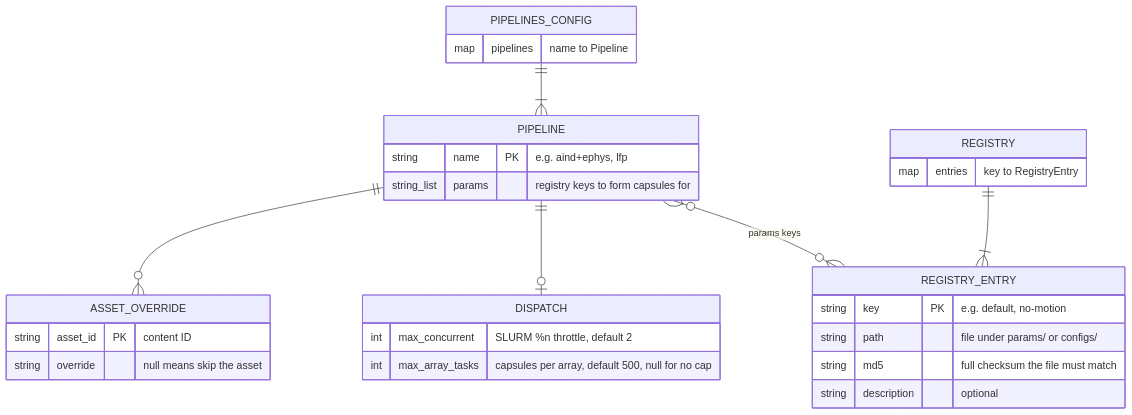
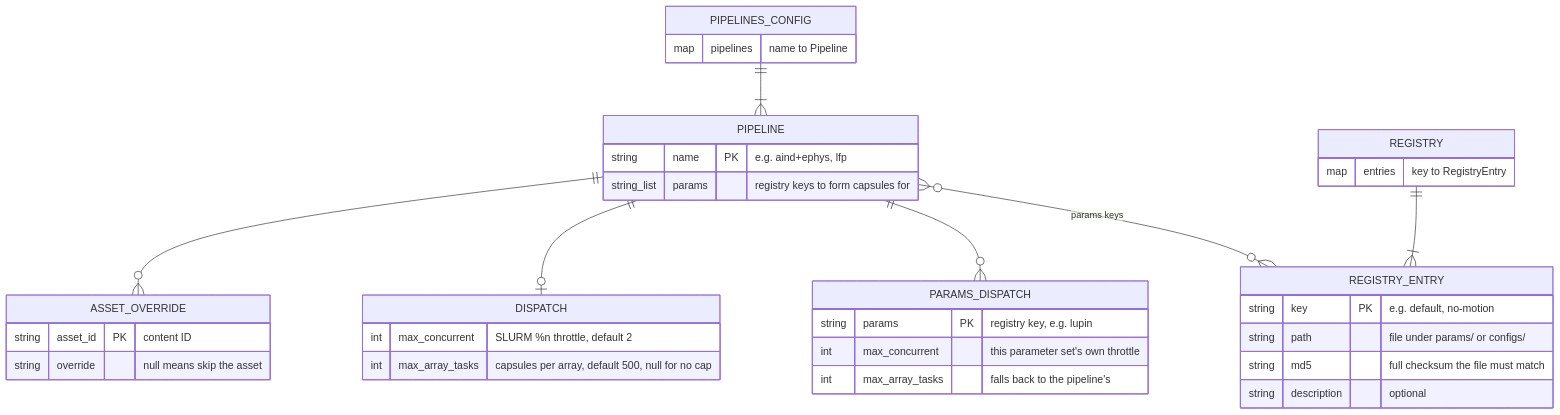
One commit to dandi-compute/dandi-compute-core changed the second of 5 diagrams in docs/data_model.md. Above: the diagram before and after it, drawn with Mermaid. The commit also changed other lines of this file and 28 other files, not shown here.

````diff
--- a/docs/data_model.md
+++ b/docs/data_model.md
@@ -32,32 +33,38 @@
 ```mermaid
 erDiagram
     PIPELINES_CONFIG {
         map pipelines "name to Pipeline"
     }
     PIPELINE {
         string name PK "e.g. aind+ephys, lfp"
         string_list params "registry keys to form capsules for"
     }
     ASSET_OVERRIDE {
         string asset_id PK "content ID"
         string override "null means skip the asset"
     }
     DISPATCH {
         int max_concurrent "SLURM %n throttle, default 2"
         int max_array_tasks "capsules per array, default 500, null for no cap"
     }
+    PARAMS_DISPATCH {
+        string params PK "registry key, e.g. lupin"
+        int max_concurrent "this parameter set's own throttle"
+        int max_array_tasks "falls back to the pipeline's"
+    }
     REGISTRY {
         map entries "key to RegistryEntry"
     }
     REGISTRY_ENTRY {
         string key PK "e.g. default, no-motion"
         string path "file under params/ or configs/"
         string md5 "full checksum the file must match"
         string description "optional"
     }
     PIPELINES_CONFIG ||--|{ PIPELINE : ""
     PIPELINE ||--o{ ASSET_OVERRIDE : ""
     PIPELINE ||--o| DISPATCH : ""
+    PIPELINE ||--o{ PARAMS_DISPATCH : ""
     REGISTRY ||--|{ REGISTRY_ENTRY : ""
     PIPELINE }o--o{ REGISTRY_ENTRY : "params keys"
 ```
````
